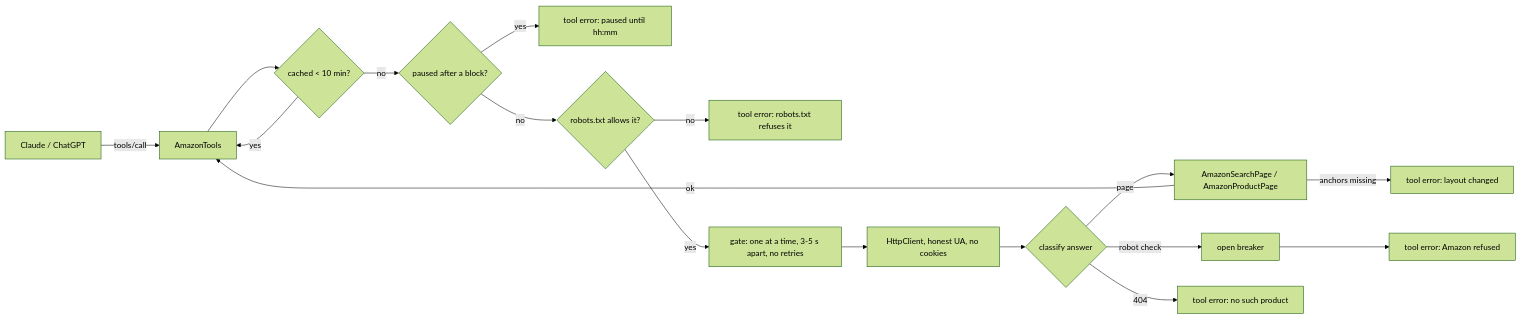
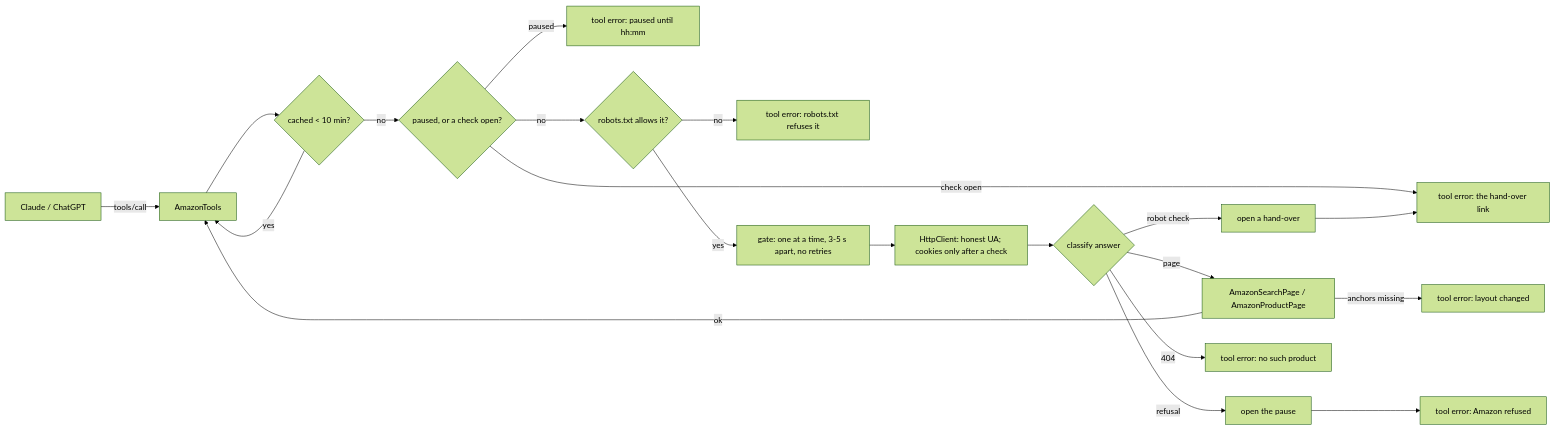
Before and after one commit to IntelliTect-dev/Multiplex: the diagram in docs/designs/121-amazon-service.md, drawn with Mermaid (forest theme). The commit also changed other lines of this file, not shown here.

First line of the commit message:
docs(amazon): owner decisions, the main image, and a robot-check hand-over without a browser

````diff
--- a/docs/designs/121-amazon-service.md
+++ b/docs/designs/121-amazon-service.md
@@ -274,18 +325,20 @@
 ```mermaid
 flowchart LR
     AI[Claude / ChatGPT] -->|tools/call| Tool[AmazonTools]
     Tool --> Cache{cached < 10 min?}
     Cache -- yes --> Tool
-    Cache -- no --> Breaker{paused after a block?}
-    Breaker -- yes --> Err[tool error: paused until hh:mm]
+    Cache -- no --> Breaker{paused, or a check open?}
+    Breaker -- paused --> Err[tool error: paused until hh:mm]
+    Breaker -- check open --> Link[tool error: the hand-over link]
     Breaker -- no --> Robots{robots.txt allows it?}
     Robots -- no --> Err3[tool error: robots.txt refuses it]
     Robots -- yes --> Pacer[gate: one at a time, 3-5 s apart, no retries]
-    Pacer --> Http[HttpClient, honest UA, no cookies]
+    Pacer --> Http[HttpClient: honest UA; cookies only after a check]
     Http --> Classify{classify answer}
     Classify -- page --> Parse[AmazonSearchPage / AmazonProductPage]
-    Classify -- robot check --> Pause[open breaker] --> Err2[tool error: Amazon refused]
+    Classify -- robot check --> Open[open a hand-over] --> Link
+    Classify -- refusal --> Pause[open the pause] --> Err2[tool error: Amazon refused]
     Classify -- 404 --> NF[tool error: no such product]
     Parse -- anchors missing --> LC[tool error: layout changed]
     Parse -- ok --> Tool
 ```
````
